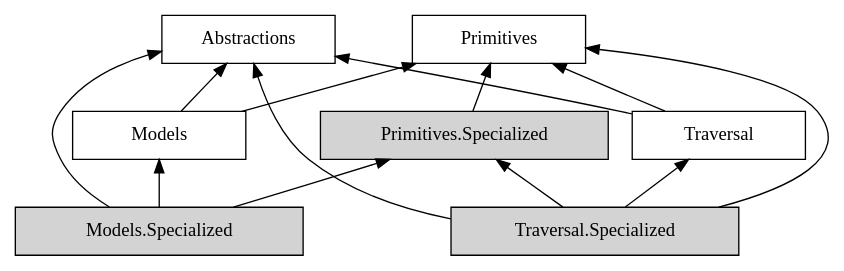
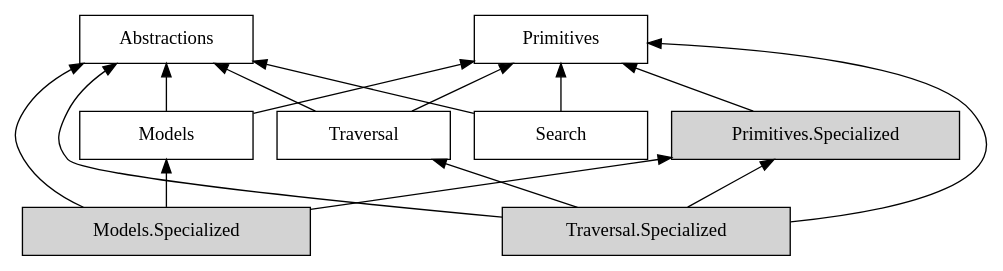
Before and after one commit to qbit86/arborescence: the diagram in tools/Tools.Workbench/IndexedGraphs/10.gv, drawn with Graphviz.

Commit message:
[Tools] Add node "Search" to the graph of project dependencies

```diff
--- a/tools/Tools.Workbench/IndexedGraphs/10.gv
+++ b/tools/Tools.Workbench/IndexedGraphs/10.gv
@@ -1,29 +1,32 @@
 digraph Packages {
   rankdir=BT
   node [shape=box fixedsize=true fontname="JetBrains Mono"]
   subgraph Generic {
     node [width=1.8]
     a [label=Abstractions]
     b [label=Primitives]
     c [label=Models]
     d [label=Traversal]
+    e [label=Search]
   }
   subgraph Specialized {
     node [width=3.0 style=filled]
-    e [label="Primitives.Specialized"]
-    f [label="Models.Specialized"]
-    g [label="Traversal.Specialized"]
+    f [label="Primitives.Specialized"]
+    g [label="Models.Specialized"]
+    h [label="Traversal.Specialized"]
   }
   c -> a
   c -> b
   d -> a
   d -> b
+  e -> a
   e -> b
-  f -> a
-  f -> c
-  f -> e
+  f -> b
   g -> a
-  g -> b
-  g -> d
-  g -> e
+  g -> c
+  g -> f
+  h -> a
+  h -> b
+  h -> d
+  h -> f
 }
```
